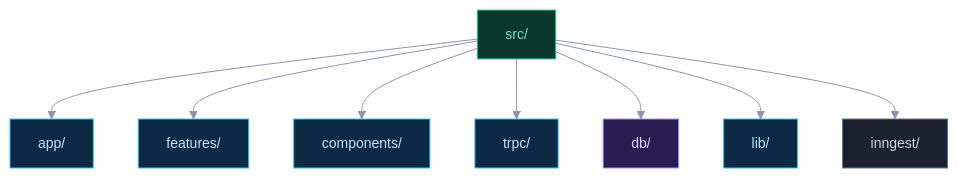
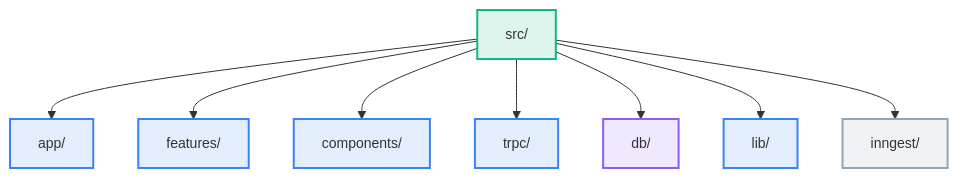
Before and after one commit to alvintoh/aether-flow: the third of 3 diagrams in .claude/skills/arch-diagram/SKILL.md, drawn with Mermaid. The commit also changed other lines of this file and 1 other file, not shown here.

First line of the commit message:
style(arch-diagram): make Mermaid diagrams light/dark adaptive

````diff
--- a/.claude/skills/arch-diagram/SKILL.md
+++ b/.claude/skills/arch-diagram/SKILL.md
@@ -145,20 +145,20 @@
 ```mermaid
-%%{init: {'flowchart':{'htmlLabels':false,'padding':14,'nodeSpacing':45,'rankSpacing':60},'theme':'base','themeVariables':{'darkMode':true,'background':'#0d1220','fontSize':'14px','primaryColor':'#0c2a44','primaryBorderColor':'#38bdf8','primaryTextColor':'#eaf2fb','lineColor':'#8b95ad'}}}%%
+%%{init: {'flowchart':{'htmlLabels':false,'padding':14,'nodeSpacing':45,'rankSpacing':60},'themeVariables':{'fontSize':'14px'}}}%%
 flowchart TB
-  classDef accent fill:#07382b,stroke:#34d399,color:#6ee7b7
-  classDef app fill:#0c2a44,stroke:#38bdf8,color:#bae6fd
-  classDef data fill:#2a1d52,stroke:#a78bfa,color:#ddd6fe
-  classDef external fill:#1c2230,stroke:#64748b,color:#cbd5e1
+  classDef accent stroke:#10b981,stroke-width:2px,fill:#10b98124
+  classDef app stroke:#3b82f6,stroke-width:2px,fill:#3b82f624
+  classDef data stroke:#8b5cf6,stroke-width:2px,fill:#8b5cf624
+  classDef external stroke:#94a3b8,stroke-width:2px,fill:#94a3b824
   ROOT["src/"]
   ROOT --> APP["app/"]
   ROOT --> FEAT["features/"]
   ROOT --> COMP["components/"]
   ROOT --> TRPC["trpc/"]
   ROOT --> DB["db/"]
   ROOT --> LIB["lib/"]
   ROOT --> ING["inngest/"]
   class ROOT accent
   class APP,COMP,FEAT,TRPC,LIB app
   class DB data
   class ING external
 ```
````
